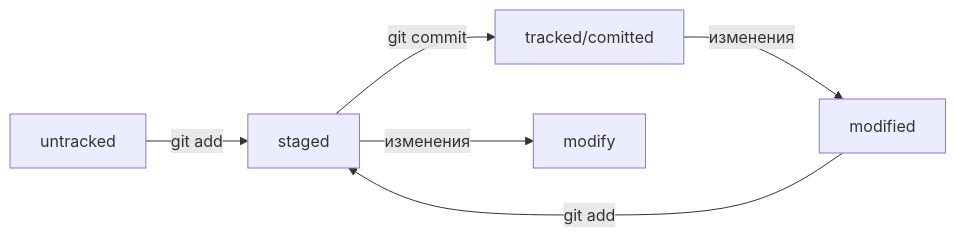
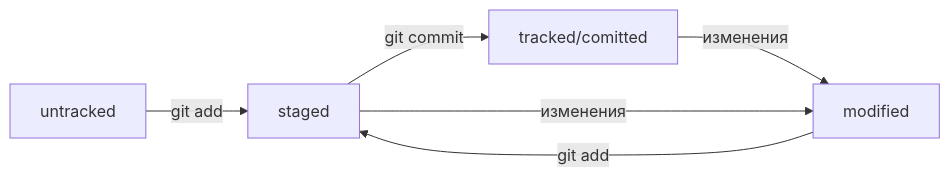
Before and after one commit to ineedkodeforlife/git_help: the diagram in readme.md, drawn with Mermaid.

Commit message:
add scheme

````diff
--- a/readme.md
+++ b/readme.md
@@ -36,8 +36,8 @@
 ```mermaid
 graph LR;
   untracked -- "git add" --> staged;
   tracked/comitted    -- "изменения"  --> modified;
   staged    -- "git commit"     --> tracked/comitted;
-  staged -- "изменения" --> modify;
+  staged -- "изменения" --> modified;
   modified -- "git add" --> staged;	
 ```
````
